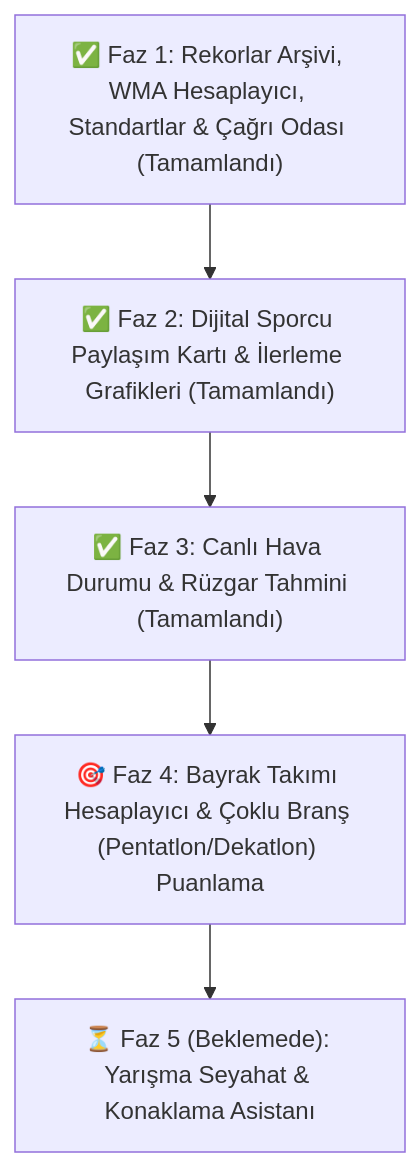
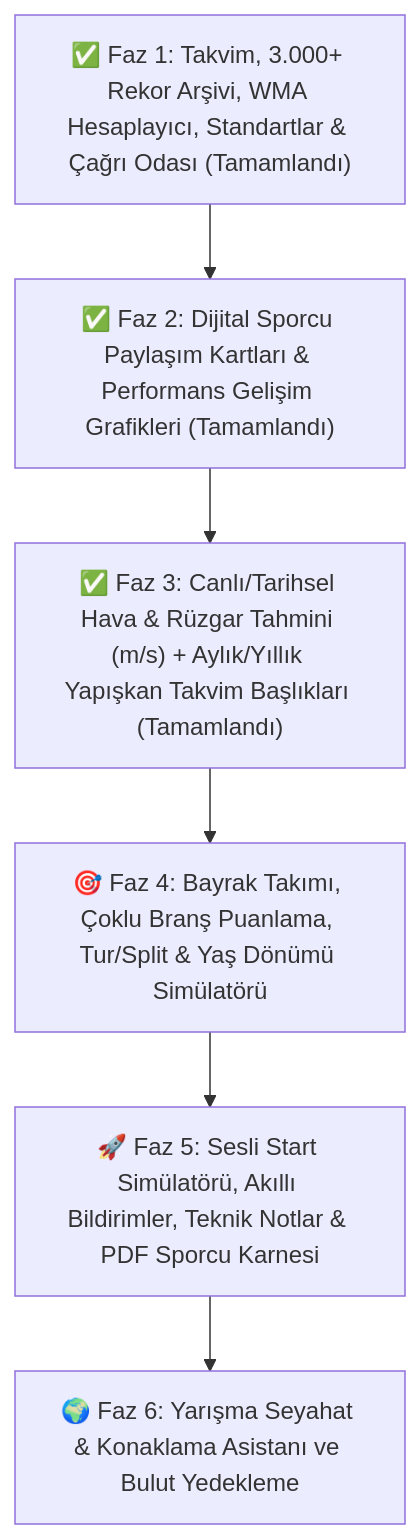
Before and after one commit to KronosEcil/master-racer: the diagram in ROADMAP.md, drawn with Mermaid. The commit also changed other lines of this file, not shown here.

Commit message:
docs: reorganize ROADMAP.md with full archive of Phases 1-3 and new Phases 4-6

````diff
--- a/ROADMAP.md
+++ b/ROADMAP.md
@@ -62,7 +16,8 @@
 ```mermaid
 flowchart TD
-    A["✅ Faz 1: Rekorlar Arşivi, WMA Hesaplayıcı, Standartlar & Çağrı Odası (Tamamlandı)"] --> B["✅ Faz 2: Dijital Sporcu Paylaşım Kartı & İlerleme Grafikleri (Tamamlandı)"]
-    B --> C["✅ Faz 3: Canlı Hava Durumu & Rüzgar Tahmini (Tamamlandı)"]
-    C --> D["🎯 Faz 4: Bayrak Takımı Hesaplayıcı & Çoklu Branş (Pentatlon/Dekatlon) Puanlama"]
-    D --> E["⏳ Faz 5 (Beklemede): Yarışma Seyahat & Konaklama Asistanı"]
+    F1["✅ Faz 1: Takvim, 3.000+ Rekor Arşivi, WMA Hesaplayıcı, Standartlar & Çağrı Odası (Tamamlandı)"] --> F2["✅ Faz 2: Dijital Sporcu Paylaşım Kartları & Performans Gelişim Grafikleri (Tamamlandı)"]
+    F2 --> F3["✅ Faz 3: Canlı/Tarihsel Hava & Rüzgar Tahmini (m/s) + Aylık/Yıllık Yapışkan Takvim Başlıkları (Tamamlandı)"]
+    F3 --> F4["🎯 Faz 4: Bayrak Takımı, Çoklu Branş Puanlama, Tur/Split & Yaş Dönümü Simülatörü"]
+    F4 --> F5["🚀 Faz 5: Sesli Start Simülatörü, Akıllı Bildirimler, Teknik Notlar & PDF Sporcu Karnesi"]
+    F5 --> F6["🌍 Faz 6: Yarışma Seyahat & Konaklama Asistanı ve Bulut Yedekleme"]
 ```
````
